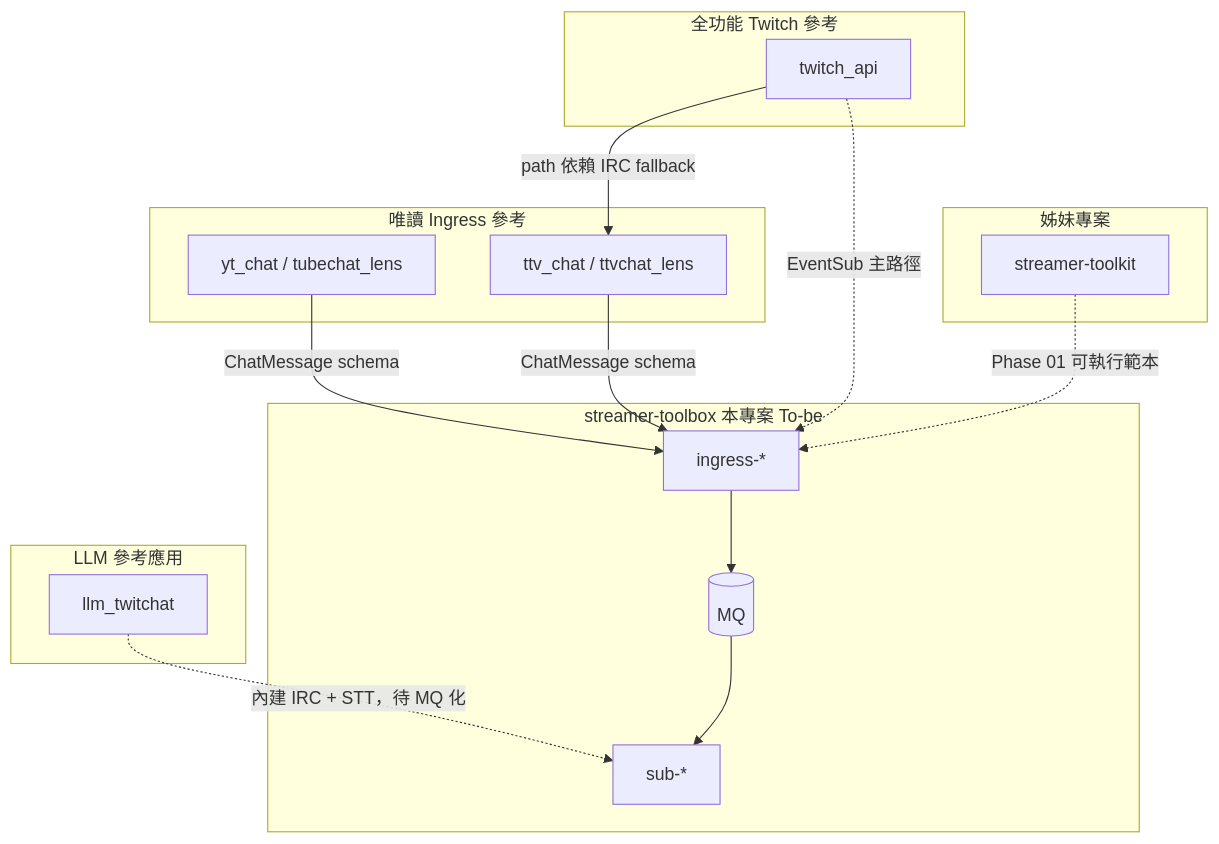
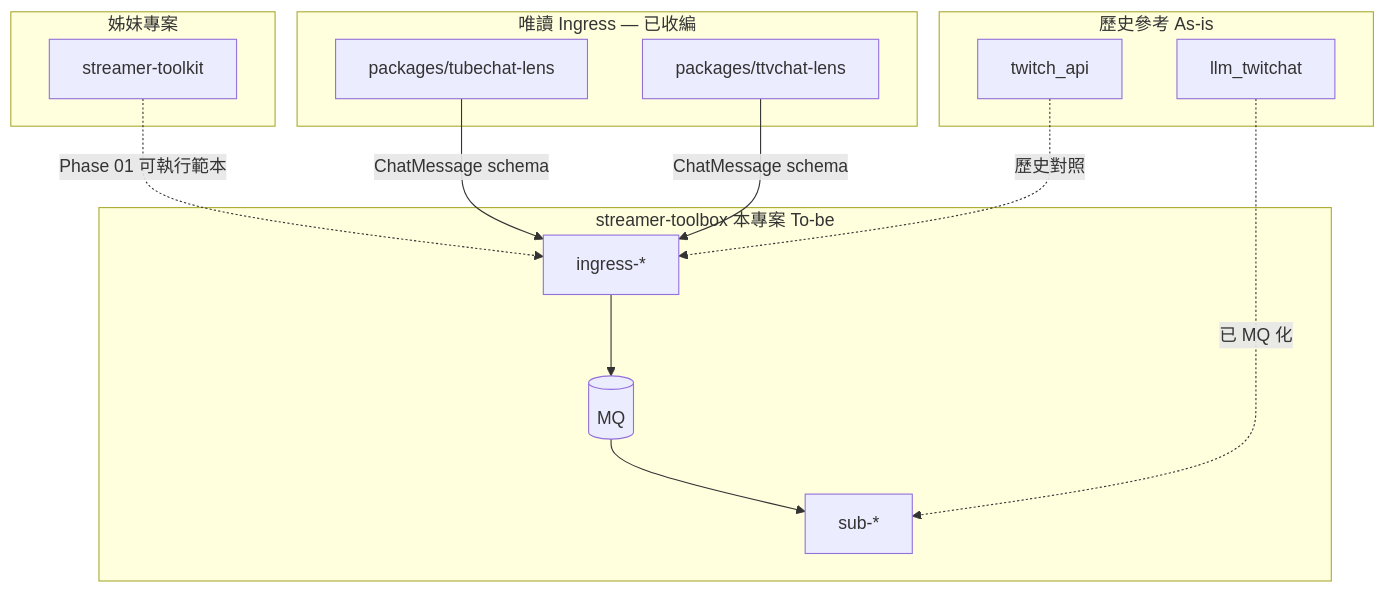
The diagram in docs/references.md (skymiku39/streamer_toolbox), drawn with Mermaid before and after one commit. The commit also changed other lines of this file and 15 other files, not shown here.

````diff
--- a/docs/references.md
+++ b/docs/references.md
@@ -35,33 +35,29 @@
 ```mermaid
 flowchart TB
-    subgraph read [唯讀 Ingress 參考]
-        YT[yt_chat / tubechat_lens]
-        TTV[ttv_chat / ttvchat_lens]
+    subgraph read [唯讀 Ingress — 已收編]
+        YT[packages/tubechat-lens]
+        TTV[packages/ttvchat-lens]
     end
 
-    subgraph full [全功能 Twitch 參考]
+    subgraph legacy [歷史參考 As-is]
         API[twitch_api]
-    end
-
-    subgraph llm [LLM 參考應用]
         LLM[llm_twitchat]
     end
 
     subgraph sibling [姊妹專案]
         TK[streamer-toolkit]
     end
 
     subgraph design [streamer-toolbox 本專案 To-be]
         MQ[(MQ)]
         Ingress[ingress-*]
         Sub[sub-*]
     end
 
     YT -->|ChatMessage schema| Ingress
     TTV -->|ChatMessage schema| Ingress
-    API -->|path 依賴 IRC fallback| TTV
-    API -.->|EventSub 主路徑| Ingress
-    LLM -.->|內建 IRC + STT，待 MQ 化| Sub
+    API -.->|歷史對照| Ingress
+    LLM -.->|已 MQ 化| Sub
     TK -.->|Phase 01 可執行範本| Ingress
     Ingress --> MQ --> Sub
 ```
````
